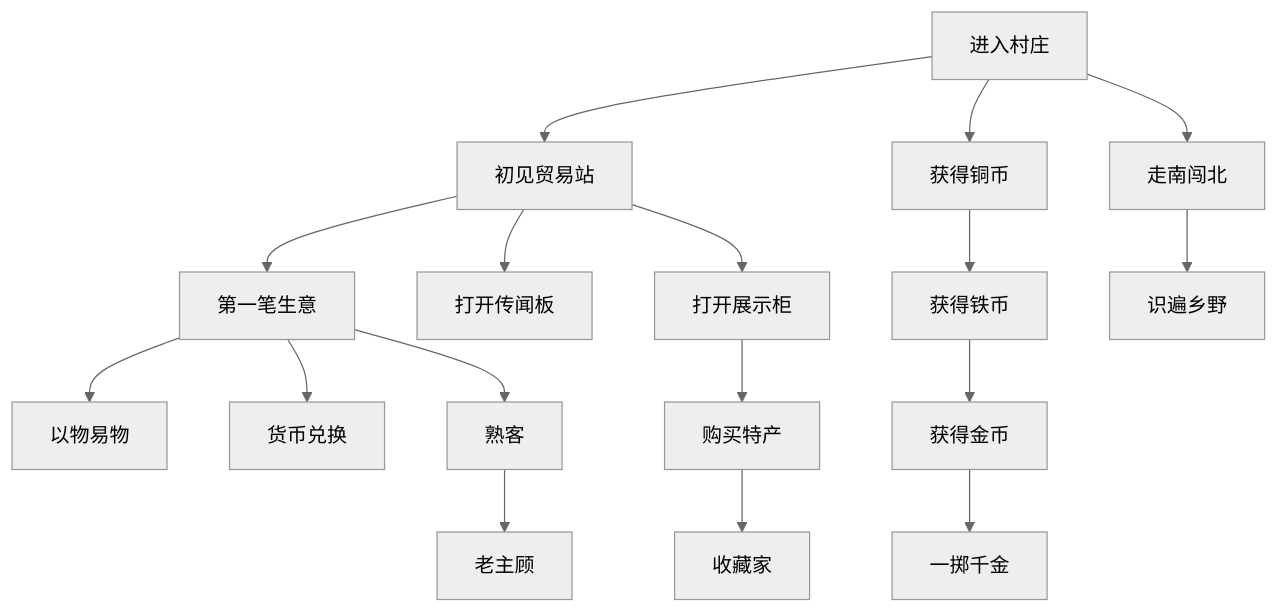
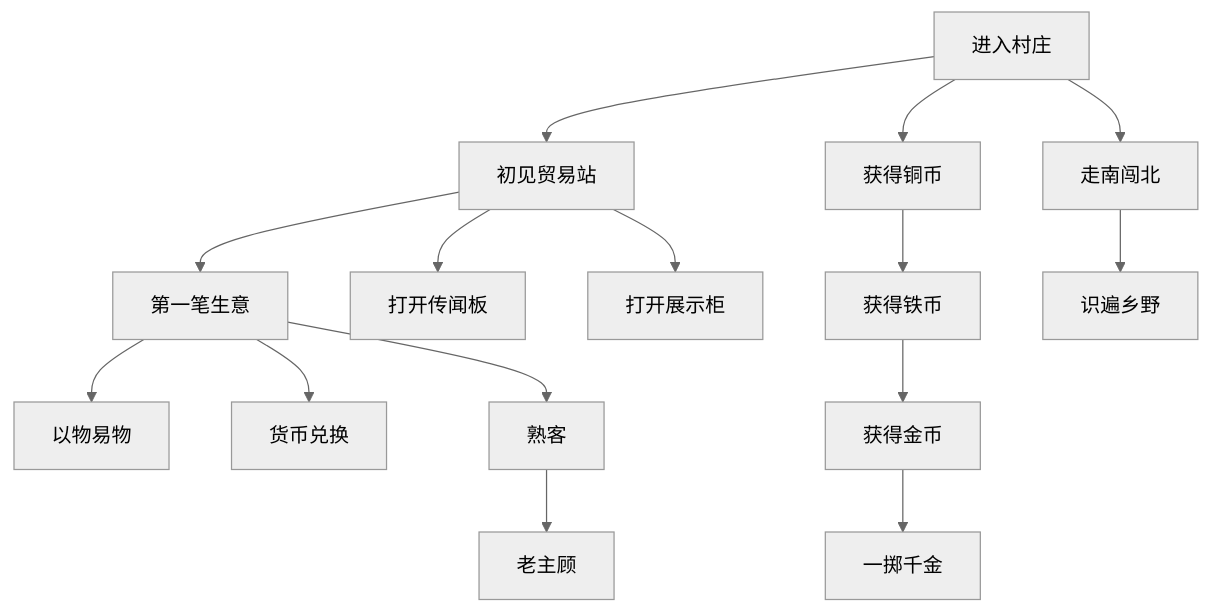
Before and after one commit to MCZME/ruralroutes: the diagram in docs/系统/模组进度.md, drawn with Mermaid (neutral theme). The commit also changed other lines of this file and 41 other files, not shown here.

````diff
--- a/docs/系统/模组进度.md
+++ b/docs/系统/模组进度.md
@@ -26,24 +26,22 @@
 ```mermaid
 graph TD
     A["进入村庄"]
 
     A --> B["初见贸易站"]
     B --> C["第一笔生意"]
     C --> D["以物易物"]
     C --> E["货币兑换"]
     C --> F["熟客"]
     F --> G["老主顾"]
 
     B --> H["打开传闻板"]
     B --> I["打开展示柜"]
-    I --> J["购买特产"]
-    J --> K["收藏家"]
 
     A --> L["获得铜币"]
     L --> M["获得铁币"]
     M --> N["获得金币"]
     N --> O["一掷千金"]
 
     A --> P["走南闯北"]
     P --> Q["识遍乡野"]
 ```
````
